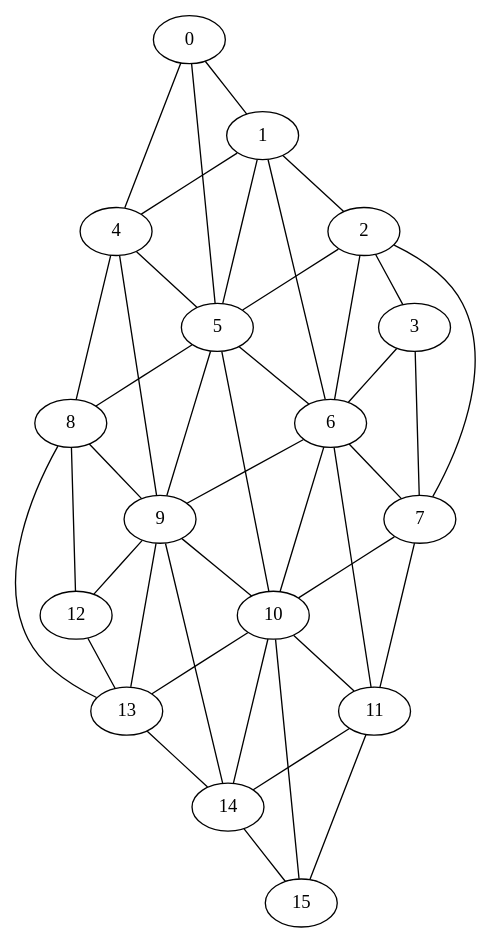
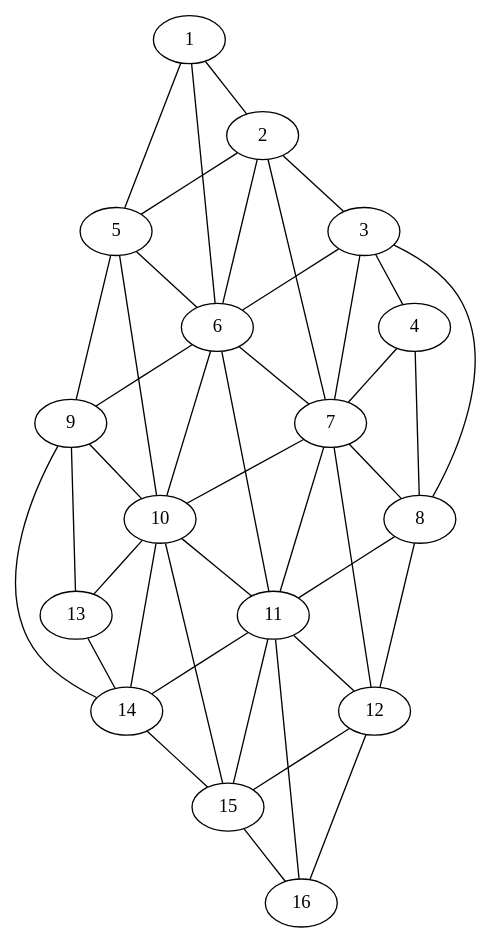
One commit to alessandro-gentilini/math-behind-ruzzle changed the diagram in ruzzle_graph.dot. Above: the diagram before and after it, drawn with Graphviz. The commit also changed 5 other files, not shown here.

Commit message:
adapted the graph to the Skiena's conventions (the first node in the graph is not 0 but 1)

```diff
--- a/ruzzle_graph.dot
+++ b/ruzzle_graph.dot
@@ -1,80 +1,78 @@
-// dot -Kfdp -n -Tpng -o ruzzle_graph.png ruzzle_graph.dot
-// thanks to http://stackoverflow.com/a/5344221/15485
 
 graph
 {
-12 [pos = "0,0!"]
+13 [pos = "0,0!"]
 
-13 [pos = "1,0!"]
+14 [pos = "1,0!"]
 
-14 [pos = "2,0!"]
+15 [pos = "2,0!"]
 
-15 [pos = "3,0!"]
+16 [pos = "3,0!"]
 
-8 [pos = "0,1!"]
+9 [pos = "0,1!"]
 
-9 [pos = "1,1!"]
+10 [pos = "1,1!"]
 
-10 [pos = "2,1!"]
+11 [pos = "2,1!"]
 
-11 [pos = "3,1!"]
+12 [pos = "3,1!"]
 
-4 [pos = "0,2!"]
+5 [pos = "0,2!"]
 
-5 [pos = "1,2!"]
+6 [pos = "1,2!"]
 
-6 [pos = "2,2!"]
+7 [pos = "2,2!"]
 
-7 [pos = "3,2!"]
+8 [pos = "3,2!"]
 
-0 [pos = "0,3!"]
+1 [pos = "0,3!"]
 
-1 [pos = "1,3!"]
+2 [pos = "1,3!"]
 
-2 [pos = "2,3!"]
+3 [pos = "2,3!"]
 
-3 [pos = "3,3!"]
+4 [pos = "3,3!"]
 
-0 -- 1
-0 -- 4
-0 -- 5
+1 -- 6
+1 -- 5
 1 -- 2
-1 -- 4
-1 -- 5
-1 -- 6
+2 -- 7
+2 -- 6
+2 -- 5
 2 -- 3
-2 -- 5
-2 -- 6
-2 -- 7
+3 -- 8
+3 -- 7
 3 -- 6
-3 -- 7
-4 -- 5
+3 -- 4
 4 -- 8
-4 -- 9
-5 -- 8
+4 -- 7
+5 -- 10
 5 -- 9
-5 -- 10
 5 -- 6
-6 -- 9
-6 -- 10
 6 -- 7
 6 -- 11
+6 -- 10
+6 -- 9
+7 -- 12
+7 -- 8
+7 -- 11
 7 -- 10
-7 -- 11
-8 -- 9
 8 -- 12
-8 -- 13
-9 -- 12
+8 -- 11
+9 -- 14
 9 -- 13
 9 -- 10
-9 -- 14
+10 -- 15
+10 -- 11
+10 -- 14
 10 -- 13
-10 -- 14
-10 -- 11
+11 -- 16
+11 -- 12
+11 -- 15
 11 -- 14
-11 -- 15
-10 -- 15
-12 -- 13
+12 -- 16
+12 -- 15
 13 -- 14
 14 -- 15
+15 -- 16
 }
```
